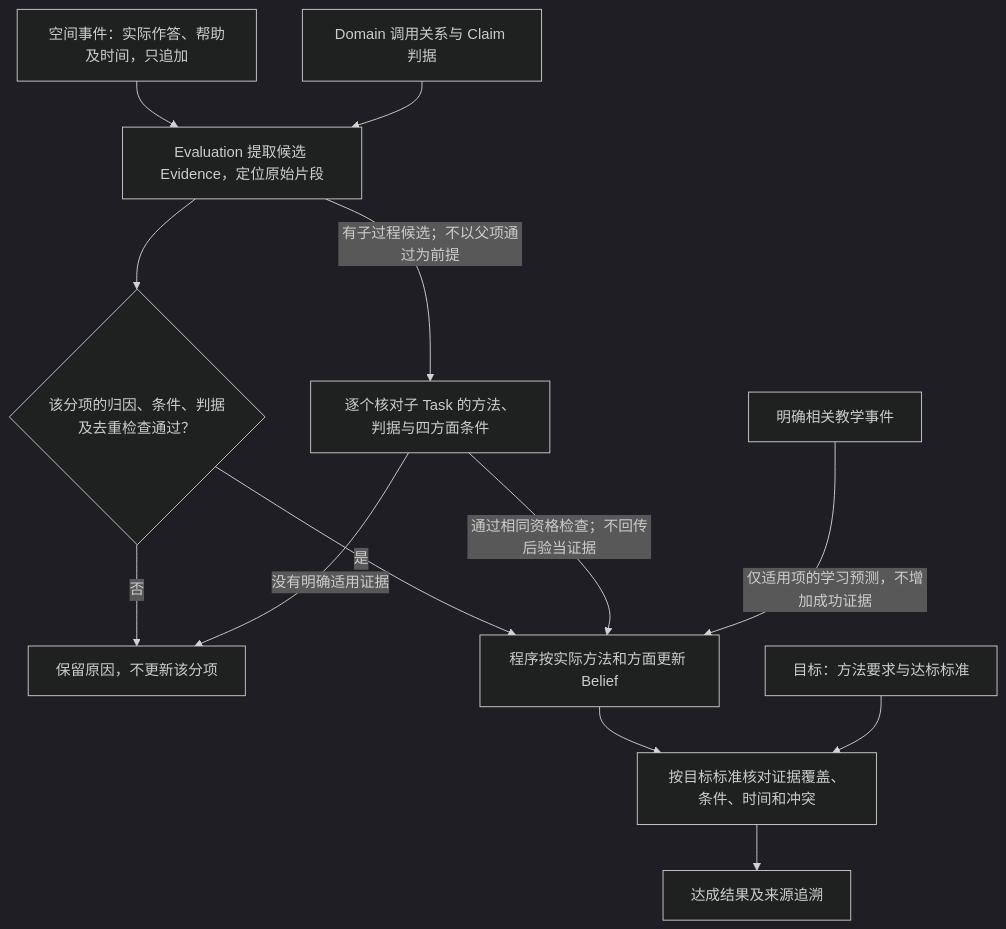
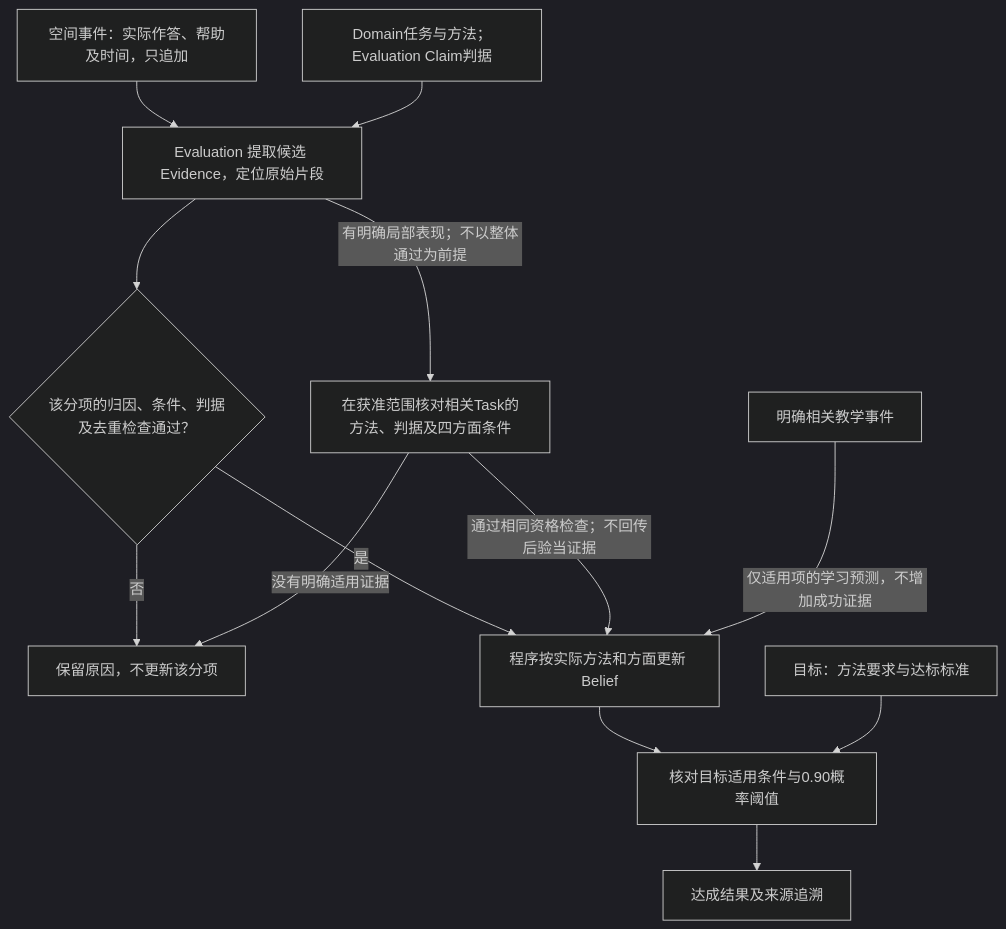
Before and after one commit to ivgotcrazy/deermind: the third of 3 diagrams in doc/mvp/m1/design/Content_and_Model_Reference.md, drawn with Mermaid (dark theme). The commit also changed other lines of this file and 126 other files, not shown here.

````diff
--- a/doc/mvp/m1/design/Content_and_Model_Reference.md
+++ b/doc/mvp/m1/design/Content_and_Model_Reference.md
@@ -673,15 +645,15 @@
 ```mermaid
 flowchart TB
     E["空间事件：实际作答、帮助及时间，只追加"] --> X["Evaluation 提取候选 Evidence，定位原始片段"]
-    D["Domain 调用关系与 Claim 判据"] --> X
+    D["Domain任务与方法；Evaluation Claim判据"] --> X
     X --> C{"该分项的归因、条件、判据及去重检查通过？"}
     C -->|"否"| U["保留原因，不更新该分项"]
     C -->|"是"| B["程序按实际方法和方面更新 Belief"]
-    X -->|"有子过程候选；不以父项通过为前提"| S["逐个核对子 Task 的方法、判据与四方面条件"]
+    X -->|"有明确局部表现；不以整体通过为前提"| S["在获准范围核对相关Task的方法、判据及四方面条件"]
     S -->|"通过相同资格检查；不回传后验当证据"| B
     S -->|"没有明确适用证据"| U
     L["明确相关教学事件"] -->|"仅适用项的学习预测，不增加成功证据"| B
-    B --> A["按目标标准核对证据覆盖、条件、时间和冲突"]
+    B --> A["核对目标适用条件与0.90概率阈值"]
     T["目标：方法要求与达标标准"] --> A
     A --> R["达成结果及来源追溯"]
 ```
````
